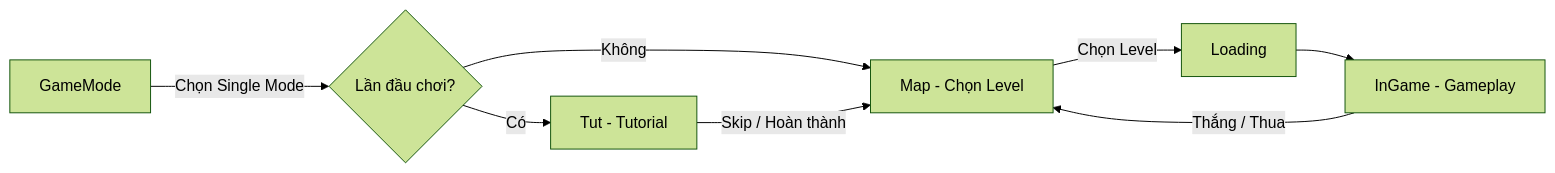
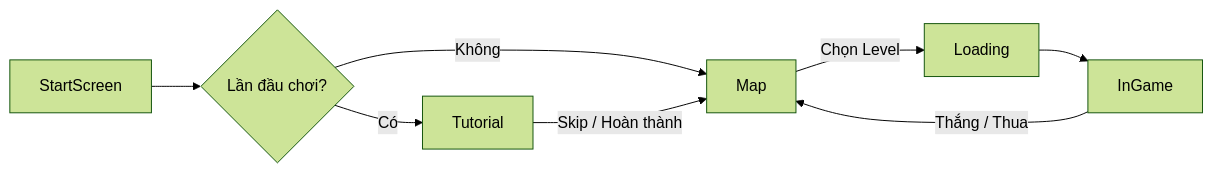
Before and after one commit to gcc-dtung/Pirate-Tiles: the first of 4 diagrams in Assets/Documents/DOCS_PROJECT_STRUCTURE.md, drawn with Mermaid (forest theme). The commit also changed other lines of this file and 6 other files, not shown here.

````diff
--- a/Assets/Documents/DOCS_PROJECT_STRUCTURE.md
+++ b/Assets/Documents/DOCS_PROJECT_STRUCTURE.md
@@ -165,10 +176,10 @@
 ```mermaid
 graph LR
-    A[GameMode] -->|Chọn Single Mode| B{Lần đầu chơi?}
-    B -->|Có| C[Tut - Tutorial]
-    B -->|Không| D[Map - Chọn Level]
+    A[StartScreen] --> B{Lần đầu chơi?}
+    B -->|Có| C[Tutorial]
+    B -->|Không| D[Map]
     C -->|Skip / Hoàn thành| D
     D -->|Chọn Level| E[Loading]
-    E --> F[InGame - Gameplay]
+    E --> F[InGame]
     F -->|Thắng / Thua| D
 ```
````
